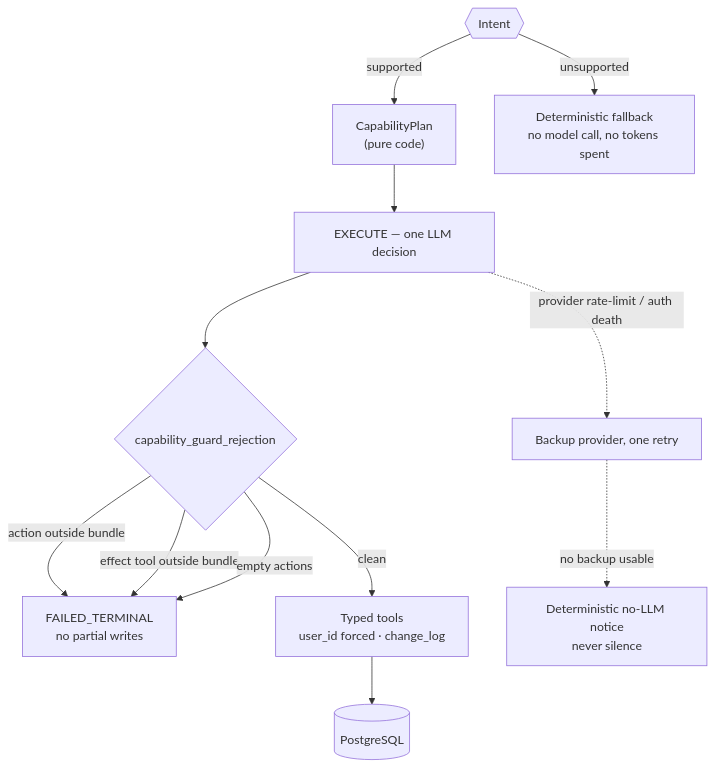
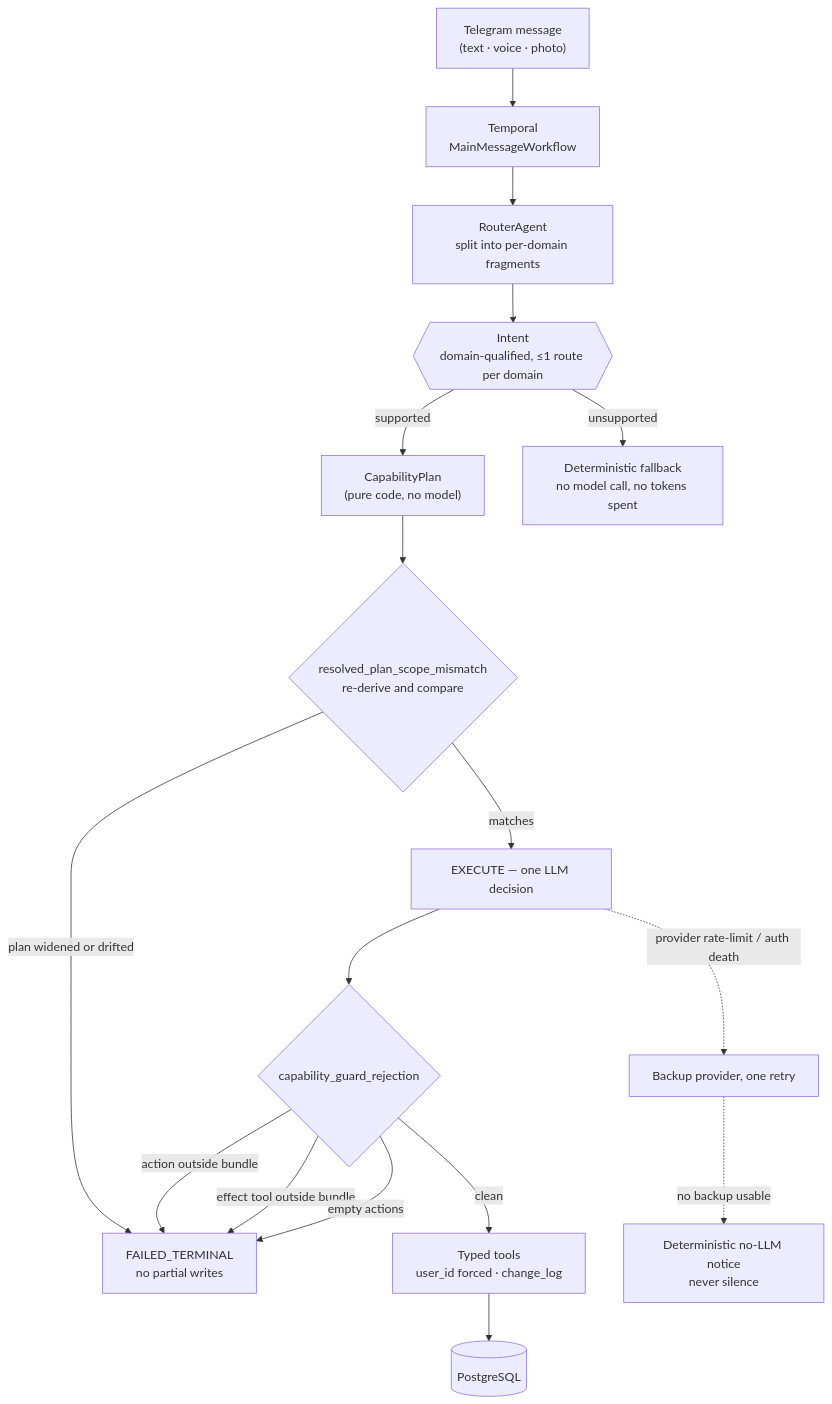
Before and after one commit to Nezhinskiy/ai-daybook-showcase: the diagram in docs/02-agent-architecture.md, drawn with Mermaid. The commit also changed other lines of this file and 24 other files, not shown here.

````diff
--- a/docs/02-agent-architecture.md
+++ b/docs/02-agent-architecture.md
@@ -19,14 +18,19 @@
 ```mermaid
 flowchart TD
-    I{{"Intent"}} -->|supported| P["CapabilityPlan<br/>(pure code)"]
+    U["Telegram message<br/>(text · voice · photo)"] --> WF["Temporal<br/>MainMessageWorkflow"]
+    WF --> R["RouterAgent<br/>split into per-domain fragments"]
+    R --> I{{"Intent<br/>domain-qualified, ≤1 route per domain"}}
+    I -->|supported| P["CapabilityPlan<br/>(pure code, no model)"]
     I -->|unsupported| F["Deterministic fallback<br/>no model call, no tokens spent"]
-    P --> E["EXECUTE — one LLM decision"]
+    P --> S{"resolved_plan_scope_mismatch<br/>re-derive and compare"}
+    S -->|"plan widened or drifted"| X["FAILED_TERMINAL<br/>no partial writes"]
+    S -->|matches| E["EXECUTE — one LLM decision"]
     E --> G{"capability_guard_rejection"}
-    G -->|"action outside bundle"| X["FAILED_TERMINAL<br/>no partial writes"]
+    G -->|"action outside bundle"| X
     G -->|"effect tool outside bundle"| X
     G -->|"empty actions"| X
     G -->|clean| T["Typed tools<br/>user_id forced · change_log"]
     E -.->|"provider rate-limit / auth death"| B["Backup provider, one retry"]
     B -.->|"no backup usable"| N["Deterministic no-LLM notice<br/>never silence"]
     T --> DB[("PostgreSQL")]
 ```
````
